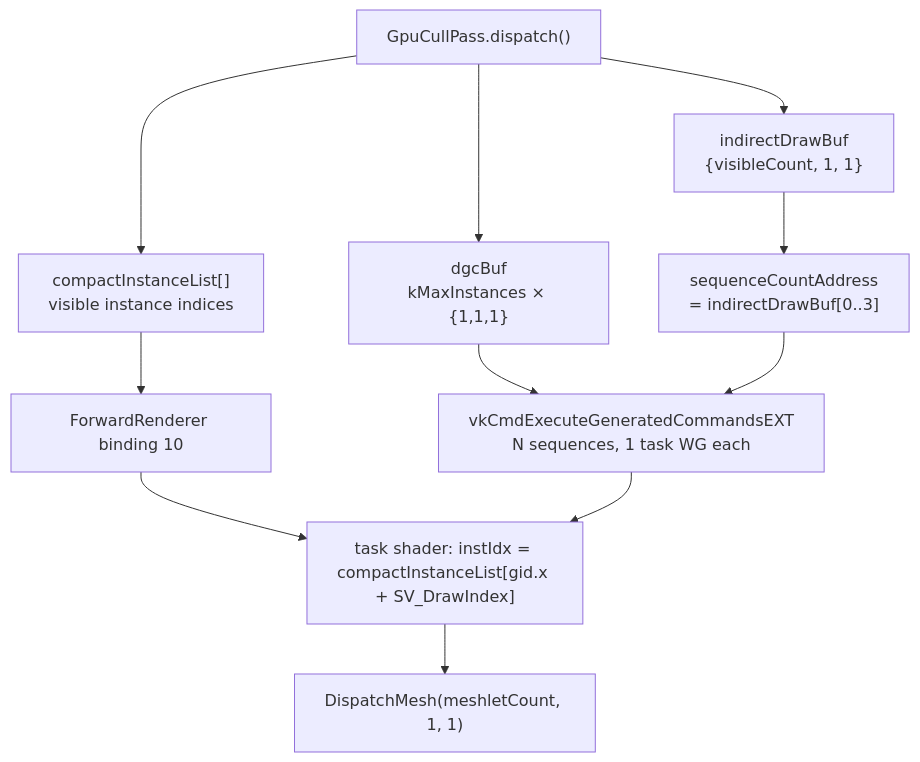
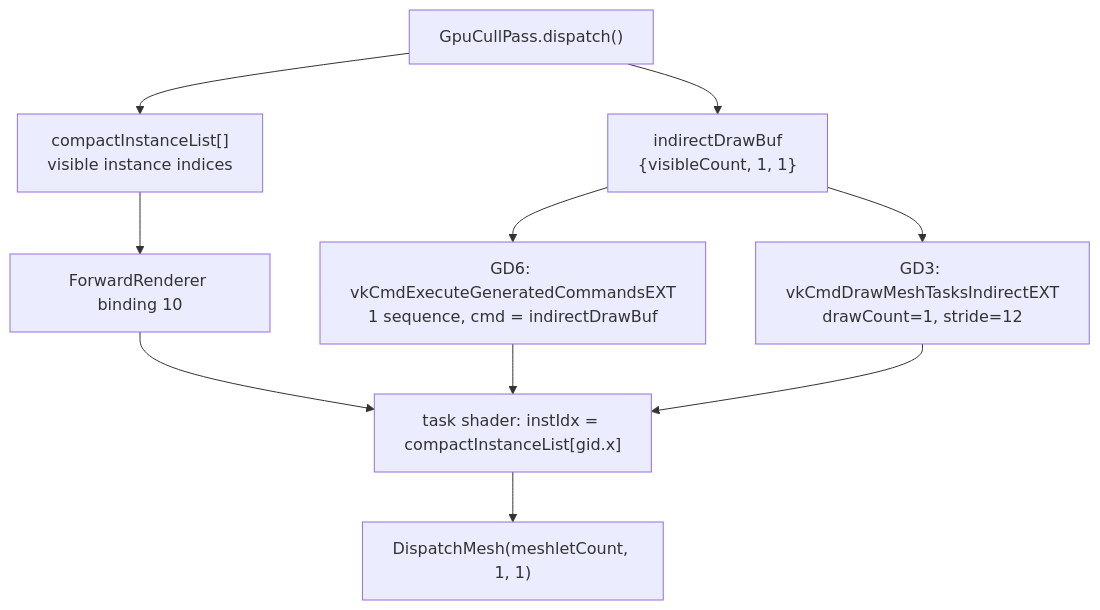
One commit to McNopper/Theia changed the second of 2 diagrams in AGENTS.md. Above: the diagram before and after it, drawn with Mermaid. The commit also changed other lines of this file and 1 other file, not shown here.

First line of the commit message:
docs: correct GD6 description to single-sequence GPU-generated draw

````diff
--- a/AGENTS.md
+++ b/AGENTS.md
@@ -143,13 +143,12 @@
 ```mermaid
 flowchart TD
     A["GpuCullPass.dispatch()"] --> B["compactInstanceList[]<br/>visible instance indices"]
     A --> C["indirectDrawBuf<br/>{visibleCount, 1, 1}"]
-    A --> D["dgcBuf<br/>kMaxInstances × {1,1,1}"]
     B --> E["ForwardRenderer binding 10"]
-    C --> F["sequenceCountAddress<br/>= indirectDrawBuf[0..3]"]
-    D --> G["vkCmdExecuteGeneratedCommandsEXT<br/>N sequences, 1 task WG each"]
-    E --> H["task shader: instIdx = compactInstanceList[gid.x + SV_DrawIndex]"]
-    F --> G
+    C --> G["GD6: vkCmdExecuteGeneratedCommandsEXT<br/>1 sequence, cmd = indirectDrawBuf"]
+    C --> G2["GD3: vkCmdDrawMeshTasksIndirectEXT<br/>drawCount=1, stride=12"]
+    E --> H["task shader: instIdx = compactInstanceList[gid.x]"]
     G --> H
+    G2 --> H
     H --> I["DispatchMesh(meshletCount, 1, 1)"]
 ```
````
